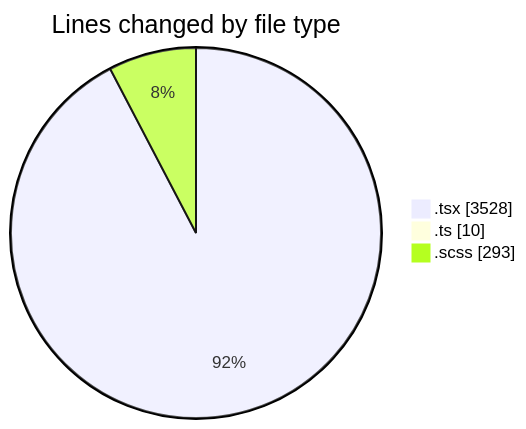
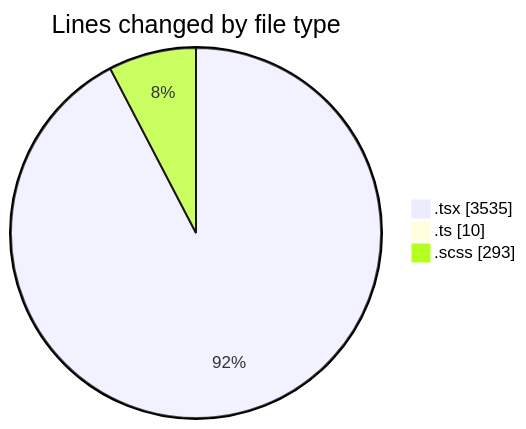
The first of 2 diagrams in 2025-11-17/cda/README.md (momahboobian/code-tracking), drawn with Mermaid before and after one commit. The commit also changed other lines of this file and 1 other file, not shown here.

````diff
--- a/2025-11-17/cda/README.md
+++ b/2025-11-17/cda/README.md
@@ -27,7 +27,7 @@
 ```mermaid
 pie showData
 title Lines changed by file type
-".tsx" : 3528
+".tsx" : 3535
 ".ts" : 10
 ".scss" : 293
 ```
````
